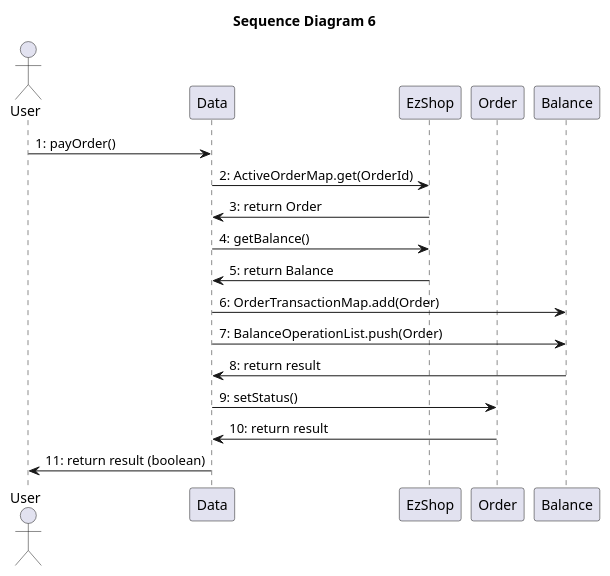
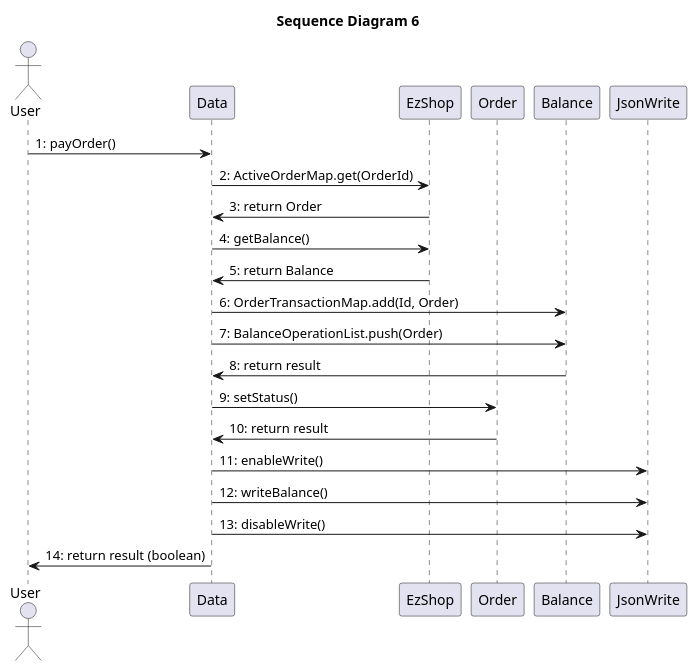
Before and after one commit to paolotron/EzshoProject31: the eighth of 15 diagrams in Deliverables/DesignDocument.md, drawn with PlantUML. The commit also changed other lines of this file, not shown here.

````diff
--- a/Deliverables/DesignDocument.md
+++ b/Deliverables/DesignDocument.md
@@ -413,22 +413,26 @@
 ``` plantuml
 @startuml
 title "Sequence Diagram 6"
 actor User as U1
 participant Data
 participant EzShop
 participant Order as O
 participant Balance
+participant JsonWrite as JW
 
 U1->Data: 1: payOrder()
 Data->EzShop: 2: ActiveOrderMap.get(OrderId)
 EzShop->Data: 3: return Order
 Data->EzShop: 4: getBalance()
 EzShop-> Data: 5: return Balance
-Data->Balance: 6: OrderTransactionMap.add(Order)
+Data->Balance: 6: OrderTransactionMap.add(Id, Order)
 Data->Balance: 7: BalanceOperationList.push(Order)
 Balance->Data: 8: return result
 Data->O: 9: setStatus()
 O->Data: 10: return result
-Data->U1: 11: return result (boolean)
+Data -> JW: 11: enableWrite()
+Data -> JW: 12: writeBalance()
+Data -> JW: 13: disableWrite()
+Data->U1: 14: return result (boolean)
 @enduml
 ```
````
